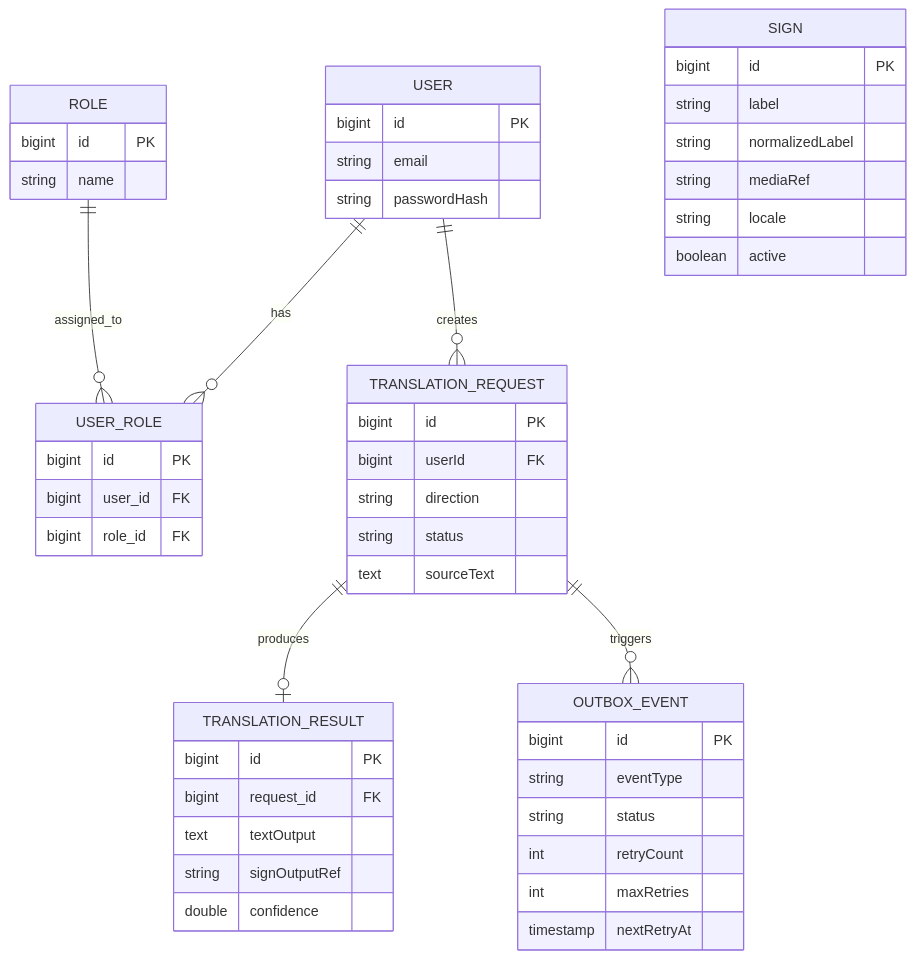
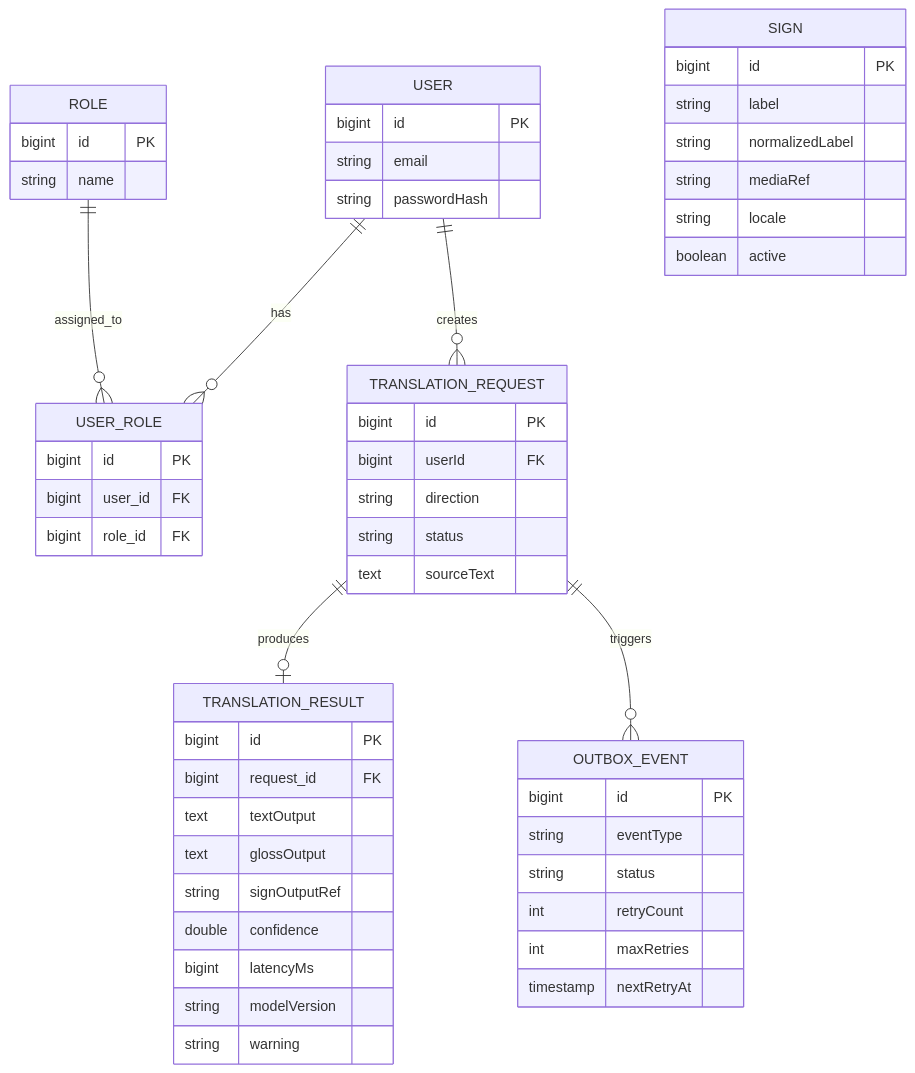
Before and after one commit to Limepal/PROYECTO-KINETICA: the diagram in README.md, drawn with Mermaid. The commit also changed other lines of this file and 1 other file, not shown here.

Commit message:
docs: update backend diagram and add local completion backlog

````diff
--- a/README.md
+++ b/README.md
@@ -98,59 +98,63 @@
 ```mermaid
 erDiagram
     USER ||--o{ USER_ROLE : has
     ROLE ||--o{ USER_ROLE : assigned_to
     USER ||--o{ TRANSLATION_REQUEST : creates
     TRANSLATION_REQUEST ||--o| TRANSLATION_RESULT : produces
     TRANSLATION_REQUEST ||--o{ OUTBOX_EVENT : triggers
 
     USER {
         bigint id PK
         string email
         string passwordHash
     }
 
     ROLE {
         bigint id PK
         string name
     }
 
     USER_ROLE {
         bigint id PK
         bigint user_id FK
         bigint role_id FK
     }
 
     SIGN {
         bigint id PK
         string label
         string normalizedLabel
         string mediaRef
         string locale
         boolean active
     }
 
     TRANSLATION_REQUEST {
         bigint id PK
         bigint userId FK
         string direction
         string status
         text sourceText
     }
 
     TRANSLATION_RESULT {
         bigint id PK
         bigint request_id FK
         text textOutput
+        text glossOutput
         string signOutputRef
         double confidence
+        bigint latencyMs
+        string modelVersion
+        string warning
     }
 
     OUTBOX_EVENT {
         bigint id PK
         string eventType
         string status
         int retryCount
         int maxRetries
         timestamp nextRetryAt
     }
 ```
````
